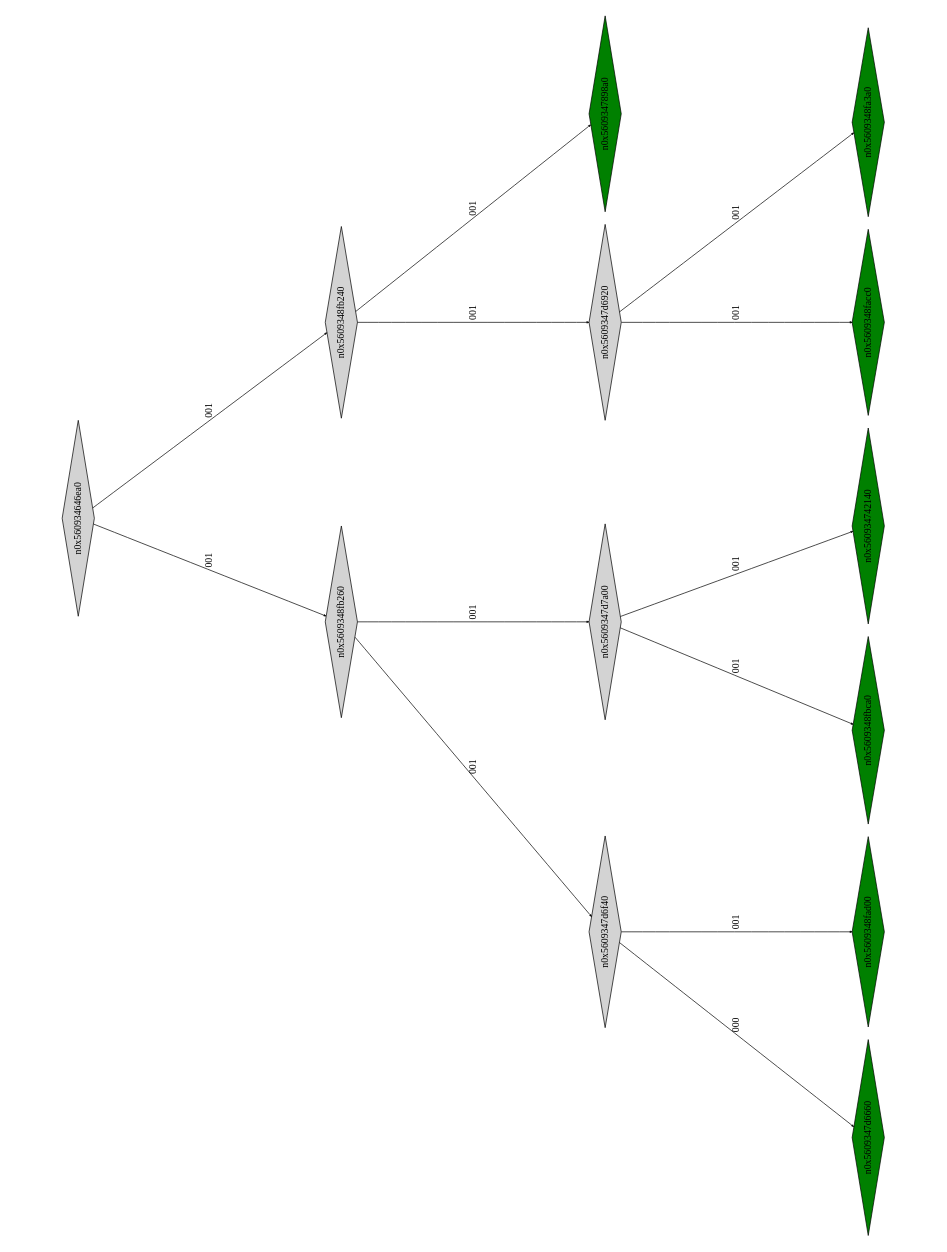
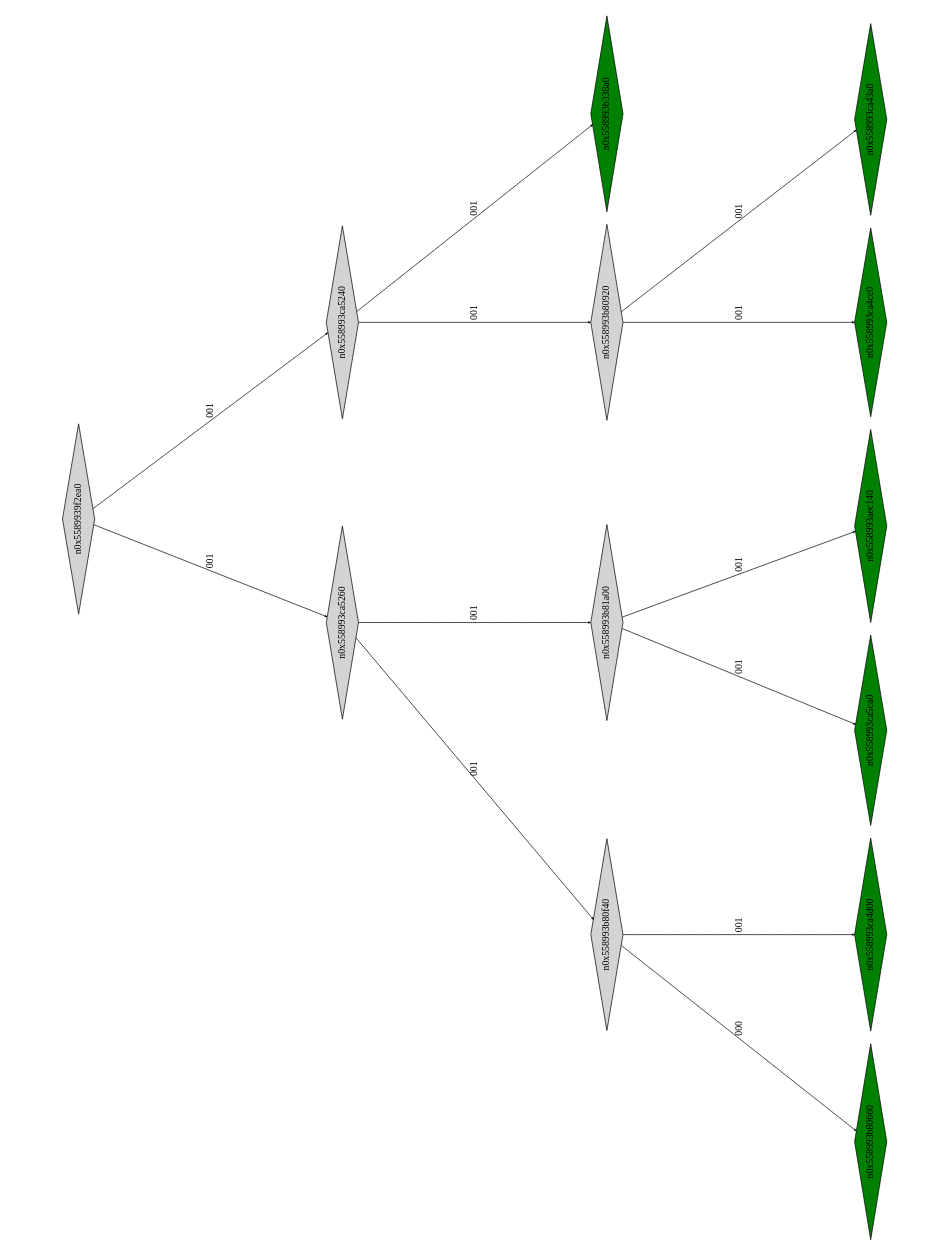
One commit to Research-Tools-PAVT/PSE-Program-Examples changed the diagram in montyhall_klee_out/ptree_00000827.dot. Above: the diagram before and after it, drawn with Graphviz. The commit also changed 109 other files, not shown here.

```diff
--- a/montyhall_klee_out/ptree_00000827.dot
+++ b/montyhall_klee_out/ptree_00000827.dot
@@ -1,33 +1,33 @@
 digraph G {
 	size="10,7.5";
 	ratio=fill;
 	rotate=90;
 	center = "true";
 	node [style="filled",width=.1,height=.1,fontname="Terminus"]
 	edge [arrowsize=.3]
-	n0x560934646ea0 [shape=diamond];
-	n0x560934646ea0 -> n0x5609348fb260 [label=001];
-	n0x560934646ea0 -> n0x5609348fb240 [label=001];
-	n0x5609348fb240 [shape=diamond];
-	n0x5609348fb240 -> n0x5609347d6920 [label=001];
-	n0x5609348fb240 -> n0x5609347898a0 [label=001];
-	n0x5609347898a0 [shape=diamond,fillcolor=green];
-	n0x5609347d6920 [shape=diamond];
-	n0x5609347d6920 -> n0x5609348facc0 [label=001];
-	n0x5609347d6920 -> n0x5609348fa3a0 [label=001];
-	n0x5609348fa3a0 [shape=diamond,fillcolor=green];
-	n0x5609348facc0 [shape=diamond,fillcolor=green];
-	n0x5609348fb260 [shape=diamond];
-	n0x5609348fb260 -> n0x5609347d6f40 [label=001];
-	n0x5609348fb260 -> n0x5609347d7a00 [label=001];
-	n0x5609347d7a00 [shape=diamond];
-	n0x5609347d7a00 -> n0x5609348fbca0 [label=001];
-	n0x5609347d7a00 -> n0x560934742140 [label=001];
-	n0x560934742140 [shape=diamond,fillcolor=green];
-	n0x5609348fbca0 [shape=diamond,fillcolor=green];
-	n0x5609347d6f40 [shape=diamond];
-	n0x5609347d6f40 -> n0x5609347d6660 [label=000];
-	n0x5609347d6f40 -> n0x5609348fad00 [label=001];
-	n0x5609348fad00 [shape=diamond,fillcolor=green];
-	n0x5609347d6660 [shape=diamond,fillcolor=green];
+	n0x5589939f2ea0 [shape=diamond];
+	n0x5589939f2ea0 -> n0x558993ca5260 [label=001];
+	n0x5589939f2ea0 -> n0x558993ca5240 [label=001];
+	n0x558993ca5240 [shape=diamond];
+	n0x558993ca5240 -> n0x558993b80920 [label=001];
+	n0x558993ca5240 -> n0x558993b338a0 [label=001];
+	n0x558993b338a0 [shape=diamond,fillcolor=green];
+	n0x558993b80920 [shape=diamond];
+	n0x558993b80920 -> n0x558993ca4cc0 [label=001];
+	n0x558993b80920 -> n0x558993ca43a0 [label=001];
+	n0x558993ca43a0 [shape=diamond,fillcolor=green];
+	n0x558993ca4cc0 [shape=diamond,fillcolor=green];
+	n0x558993ca5260 [shape=diamond];
+	n0x558993ca5260 -> n0x558993b80f40 [label=001];
+	n0x558993ca5260 -> n0x558993b81a00 [label=001];
+	n0x558993b81a00 [shape=diamond];
+	n0x558993b81a00 -> n0x558993ca5ca0 [label=001];
+	n0x558993b81a00 -> n0x558993aec140 [label=001];
+	n0x558993aec140 [shape=diamond,fillcolor=green];
+	n0x558993ca5ca0 [shape=diamond,fillcolor=green];
+	n0x558993b80f40 [shape=diamond];
+	n0x558993b80f40 -> n0x558993b80660 [label=000];
+	n0x558993b80f40 -> n0x558993ca4d00 [label=001];
+	n0x558993ca4d00 [shape=diamond,fillcolor=green];
+	n0x558993b80660 [shape=diamond,fillcolor=green];
 }
```
